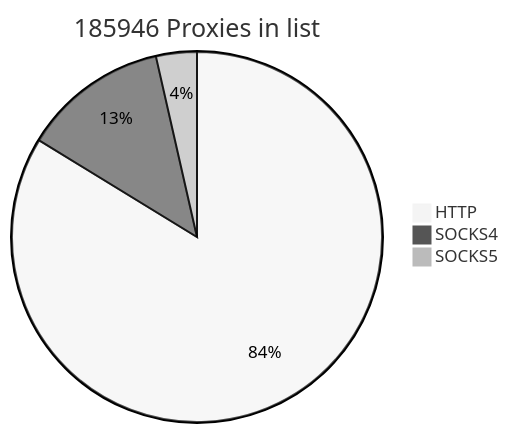
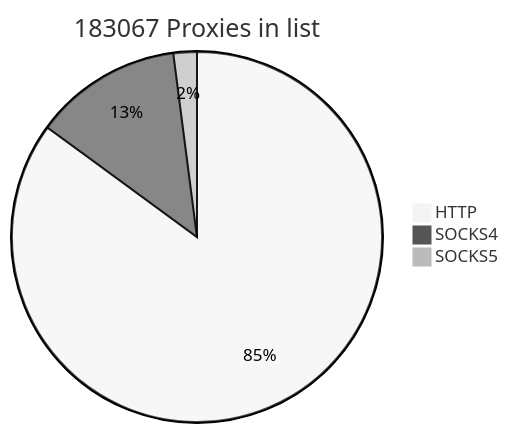
One commit to cutipu/proxylist changed the first of 2 diagrams in README.md. Above: the diagram before and after it, drawn with Mermaid (neutral theme). The commit also changed other lines of this file, not shown here.

````diff
--- a/README.md
+++ b/README.md
@@ -2,7 +2,7 @@
 ```mermaid
-pie title 185946 Proxies in list
+pie title 183067 Proxies in list
     "HTTP" : 155718
     "SOCKS4" : 23606
-    "SOCKS5" : 6622
+    "SOCKS5" : 3743
             
 ```
````
